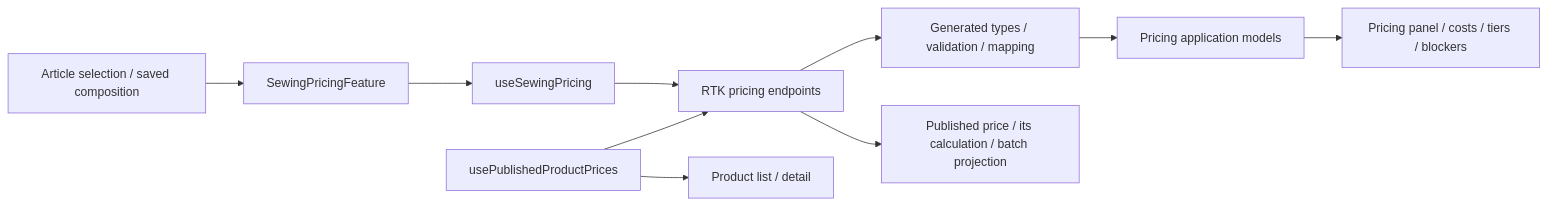
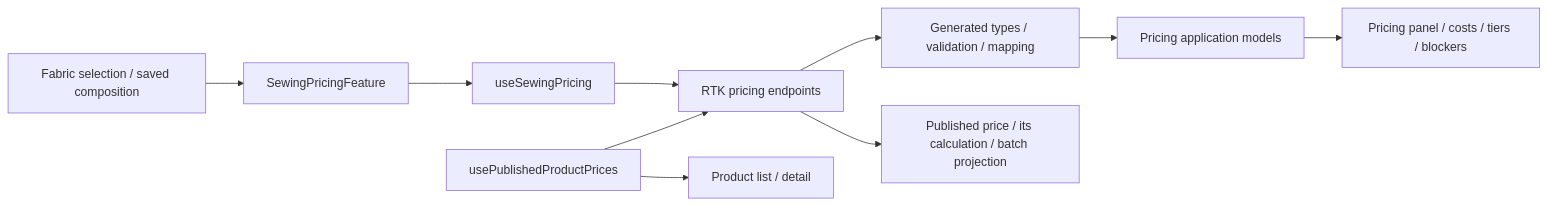
The diagram in docs/features/admin/products/sewing-pricing.md (Weretik/brevi-web), drawn with Mermaid before and after one commit. The commit also changed other lines of this file and 247 other files, not shown here.

````diff
--- a/docs/features/admin/products/sewing-pricing.md
+++ b/docs/features/admin/products/sewing-pricing.md
@@ -11,12 +11,12 @@
 ```mermaid
 flowchart LR
-  Composition[Article selection / saved composition] --> Feature[SewingPricingFeature]
+  Composition[Fabric selection / saved composition] --> Feature[SewingPricingFeature]
   Feature --> Controller[useSewingPricing]
   Controller --> API[RTK pricing endpoints]
   API --> Boundary[Generated types / validation / mapping]
   Boundary --> Model[Pricing application models]
   Model --> UI[Pricing panel / costs / tiers / blockers]
   API --> Backend[Published price / its calculation / batch projection]
   Batch[usePublishedProductPrices] --> API
   Batch --> Products[Product list / detail]
 ```
````
